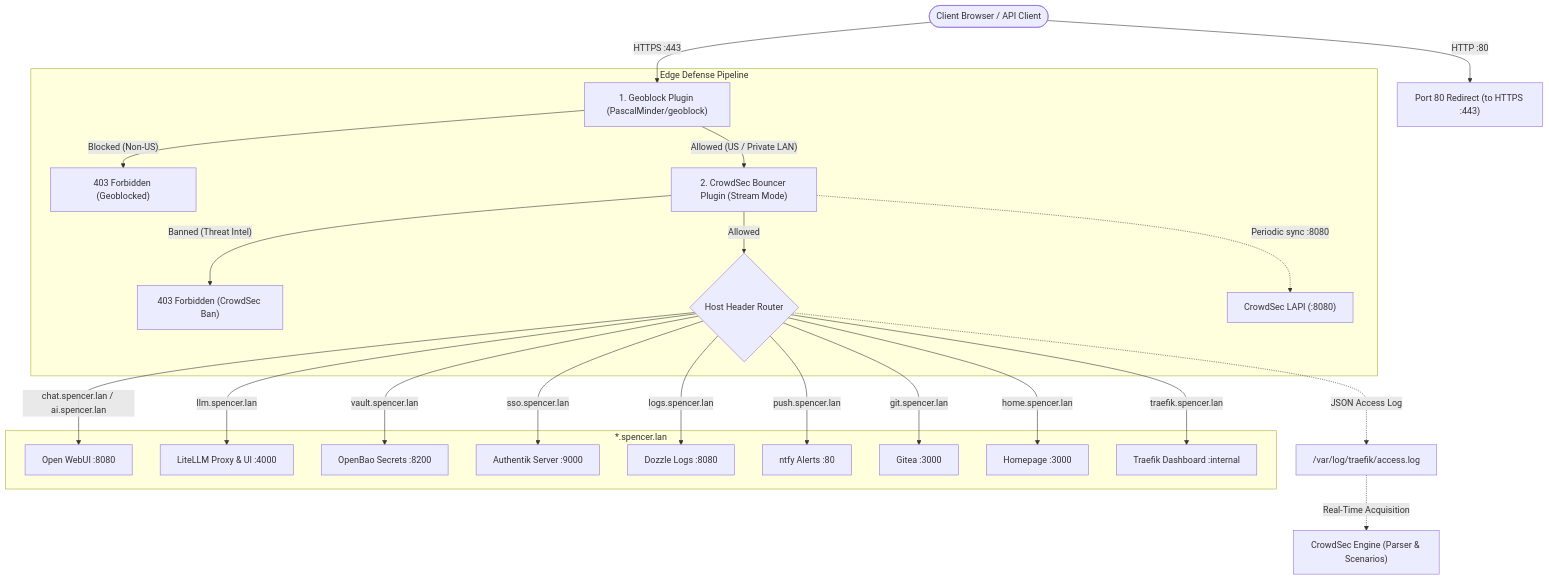
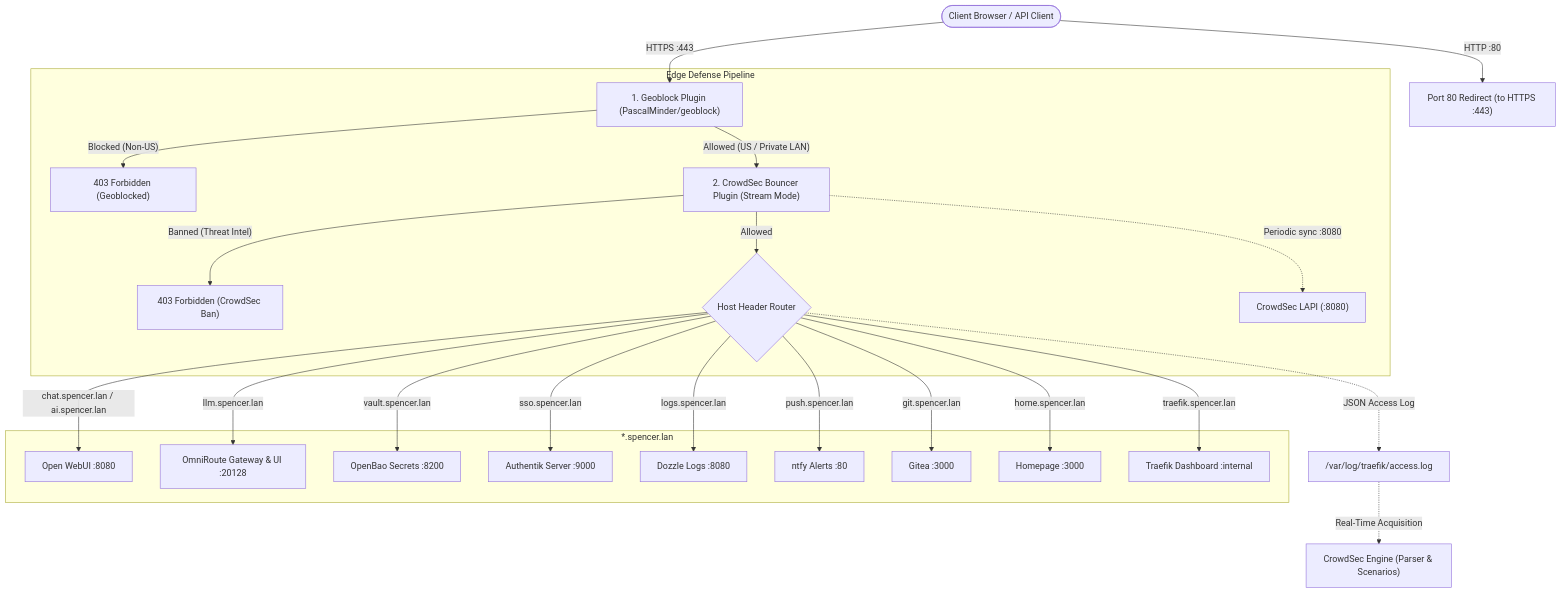
Before and after one commit to jamesbspencer/homelab: the diagram in docs/traefik.md, drawn with Mermaid. The commit also changed 25 other files, not shown here.

````diff
--- a/docs/traefik.md
+++ b/docs/traefik.md
@@ -20,28 +20,28 @@
 ```mermaid
 flowchart TD
     Client([Client Browser / API Client]) -->|HTTP :80| Redirect["Port 80 Redirect (to HTTPS :443)"]
     Client -->|HTTPS :443| Geo["1. Geoblock Plugin (PascalMinder/geoblock)"]
     
     subgraph Edge Defense Pipeline
         Geo -- "Blocked (Non-US)" --> GeoBlock["403 Forbidden (Geoblocked)"]
         Geo -- "Allowed (US / Private LAN)" --> Bouncer["2. CrowdSec Bouncer Plugin (Stream Mode)"]
         Bouncer -- "Banned (Threat Intel)" --> CSBlock["403 Forbidden (CrowdSec Ban)"]
         Bouncer -- "Allowed" --> Router{"Host Header Router"}
         Bouncer -.->|Periodic sync :8080| LAPI["CrowdSec LAPI (:8080)"]
     end
 
     subgraph Service Routing [*.spencer.lan]
         Router -->|chat.spencer.lan / ai.spencer.lan| OpenWebUI[Open WebUI :8080]
-        Router -->|llm.spencer.lan| LiteLLM[LiteLLM Proxy & UI :4000]
+        Router -->|llm.spencer.lan| OmniRoute[OmniRoute Gateway & UI :20128]
         Router -->|vault.spencer.lan| OpenBaoUI[OpenBao Secrets :8200]
         Router -->|sso.spencer.lan| Authentik[Authentik Server :9000]
         Router -->|logs.spencer.lan| DozzleUI[Dozzle Logs :8080]
         Router -->|push.spencer.lan| NtfyUI[ntfy Alerts :80]
         Router -->|git.spencer.lan| GiteaUI[Gitea :3000]
         Router -->|home.spencer.lan| HomepageUI[Homepage :3000]
         Router -->|traefik.spencer.lan| TraefikDash[Traefik Dashboard :internal]
     end
 
     Router -.->|JSON Access Log| AccessLog["/var/log/traefik/access.log"]
     AccessLog -.->|Real-Time Acquisition| CrowdSecEngine["CrowdSec Engine (Parser & Scenarios)"]
 ```
````
